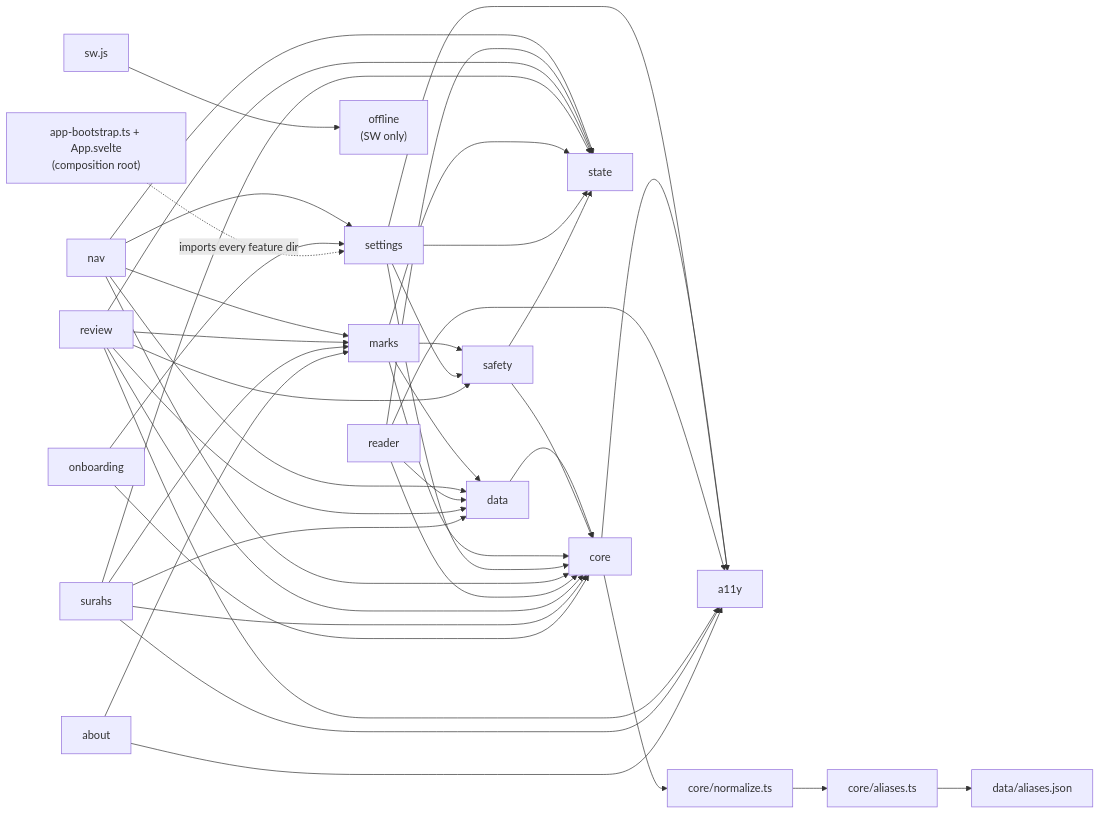
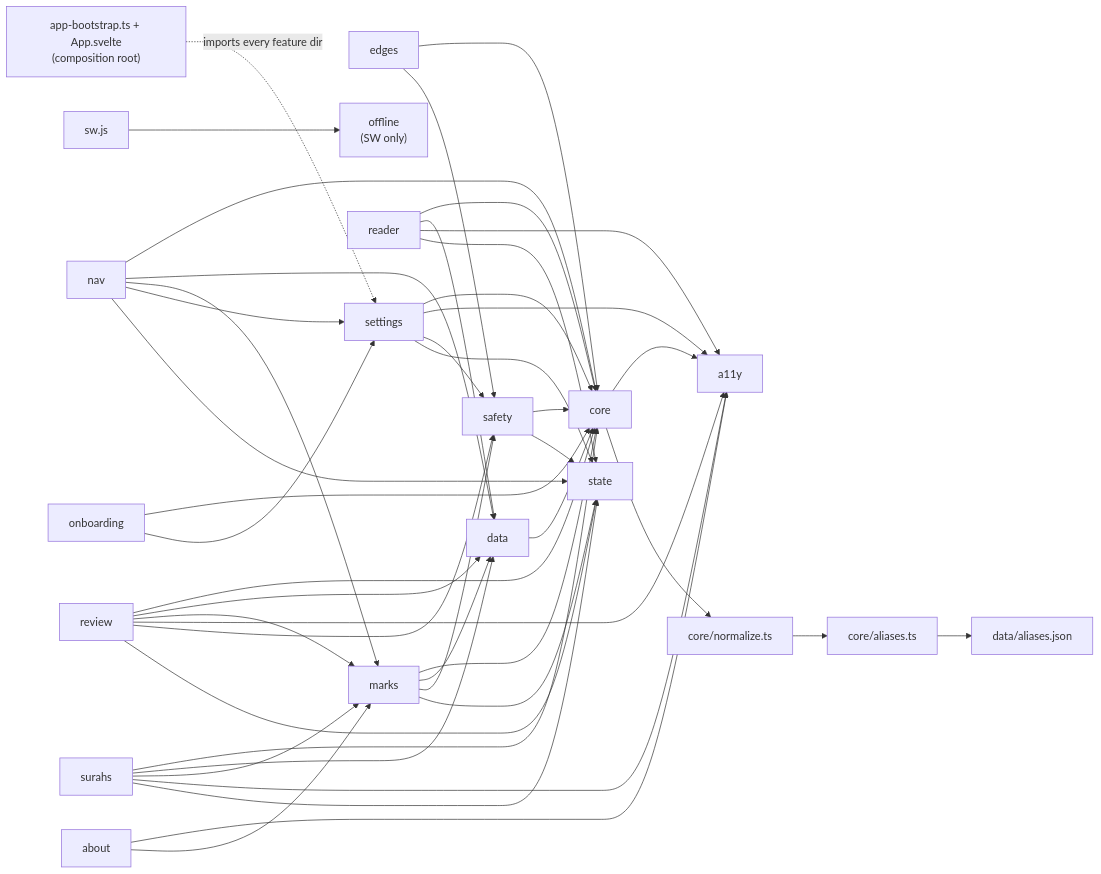
Before and after one commit to Omar-MD/QuranAtlas: the diagram in docs/context/module-graph.md, drawn with Mermaid. The commit also changed other lines of this file and 1 other file, not shown here.

Commit message:
docs(context): edges store + edges/ module

````diff
--- a/docs/context/module-graph.md
+++ b/docs/context/module-graph.md
@@ -11,64 +11,67 @@
 ```mermaid
 graph LR
   a11y[a11y]
   core[core]
   aliases_json["data/aliases.json"]
   normalize["core/normalize.ts"]
   aliases["core/aliases.ts"]
   data[data]
   safety[safety]
+  edges[edges]
   marks[marks]
   settings[settings]
   nav[nav]
   reader[reader]
   review[review]
   surahs[surahs]
   about[about]
   onboarding[onboarding]
   offline["offline<br/>(SW only)"]
   sw["sw.js"]
   state[state]
 
   normalize --> aliases
   aliases --> aliases_json
   core --> a11y
   core --> normalize
   data --> core
   safety --> core
+  edges --> core
+  edges --> safety
   marks --> core
   marks --> data
   marks --> safety
   settings --> core
   settings --> a11y
   settings --> safety
   nav --> core
   nav --> data
   nav --> marks
   nav --> settings
   nav --> state
   reader --> core
   reader --> data
   reader --> a11y
   reader --> state
   review --> core
   review --> data
   review --> marks
   review --> a11y
   review --> safety
   review --> state
   surahs --> core
   surahs --> data
   surahs --> marks
   surahs --> a11y
   surahs --> state
   marks --> state
   settings --> state
   safety --> state
   about --> a11y
   about --> marks
   onboarding --> core
   onboarding --> settings
 
   sw --> offline
   app["app-bootstrap.ts + App.svelte<br/>(composition root)"] -.imports every feature dir.-> settings
 ```
````
